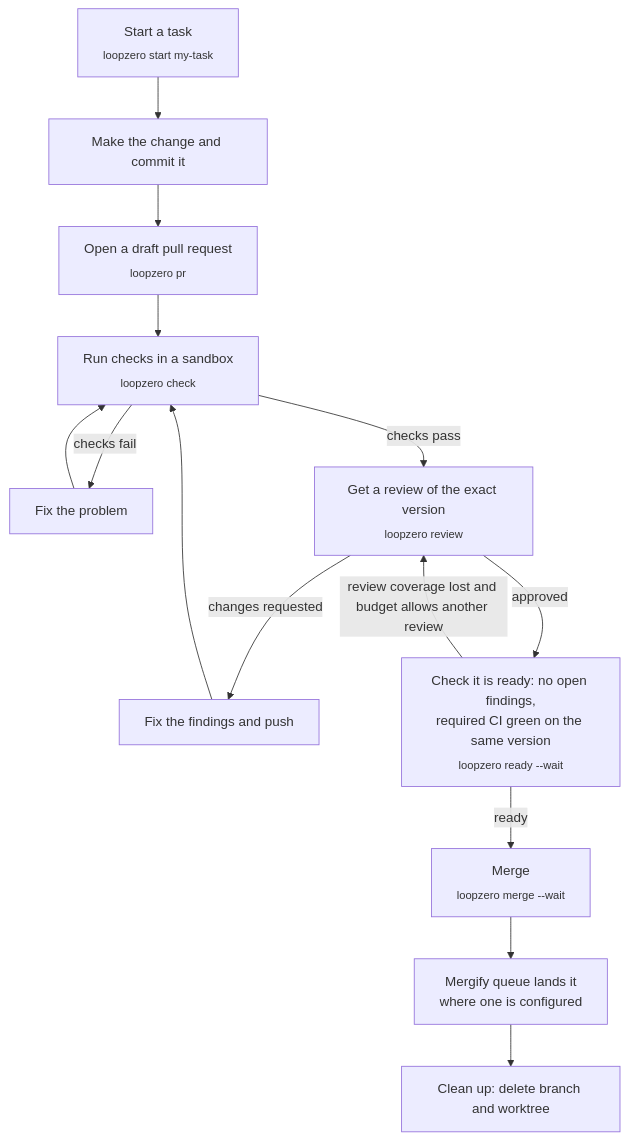
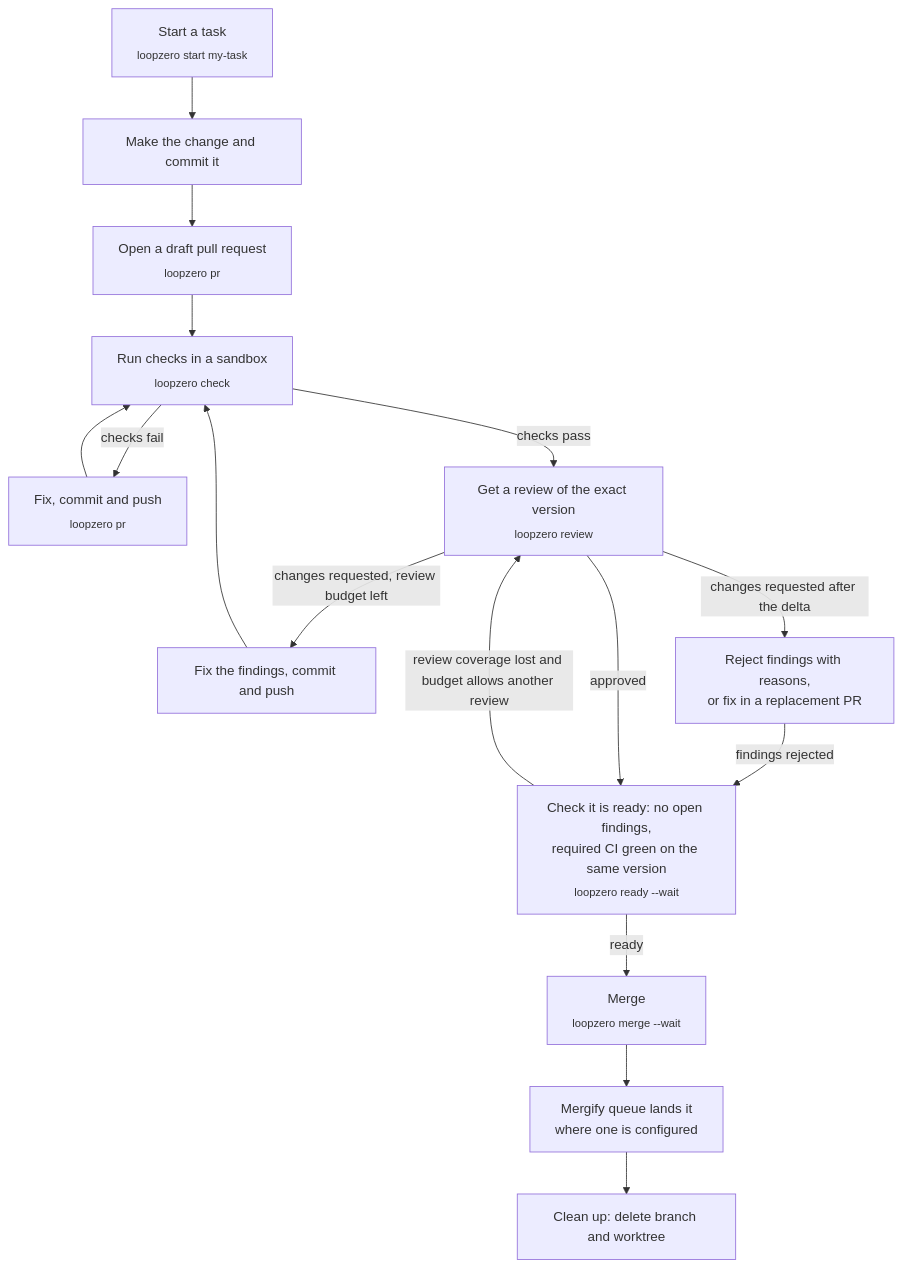
Before and after one commit to feder-positronics/loop-zero: the first of 3 diagrams in docs/WORKFLOW.md, drawn with Mermaid. The commit also changed other lines of this file and 3 other files, not shown here.

First line of the commit message:
Address primary review: push repairs, post-budget route, blocker route, long checks

````diff
--- a/docs/WORKFLOW.md
+++ b/docs/WORKFLOW.md
@@ -9,16 +9,18 @@
 ```mermaid
 flowchart TD
     A["Start a task<br/><sub>loopzero start my-task</sub>"] --> B["Make the change and commit it"]
     B --> E["Open a draft pull request<br/><sub>loopzero pr</sub>"]
     E --> C["Run checks in a sandbox<br/><sub>loopzero check</sub>"]
-    C -->|checks fail| D["Fix the problem"]
+    C -->|checks fail| D["Fix, commit and push<br/><sub>loopzero pr</sub>"]
     D --> C
     C -->|checks pass| F["Get a review of the exact version<br/><sub>loopzero review</sub>"]
-    F -->|changes requested| G["Fix the findings and push"]
+    F -->|changes requested, review budget left| G["Fix the findings, commit and push"]
     G --> C
+    F -->|changes requested after the delta| R["Reject findings with reasons,<br/>or fix in a replacement PR"]
+    R -->|findings rejected| H
     F -->|approved| H["Check it is ready: no open findings,<br/>required CI green on the same version<br/><sub>loopzero ready --wait</sub>"]
     H -->|review coverage lost and budget allows another review| F
     H -->|ready| I["Merge<br/><sub>loopzero merge --wait</sub>"]
     I --> J["Mergify queue lands it<br/>where one is configured"]
     J --> K["Clean up: delete branch and worktree"]
 ```
````
